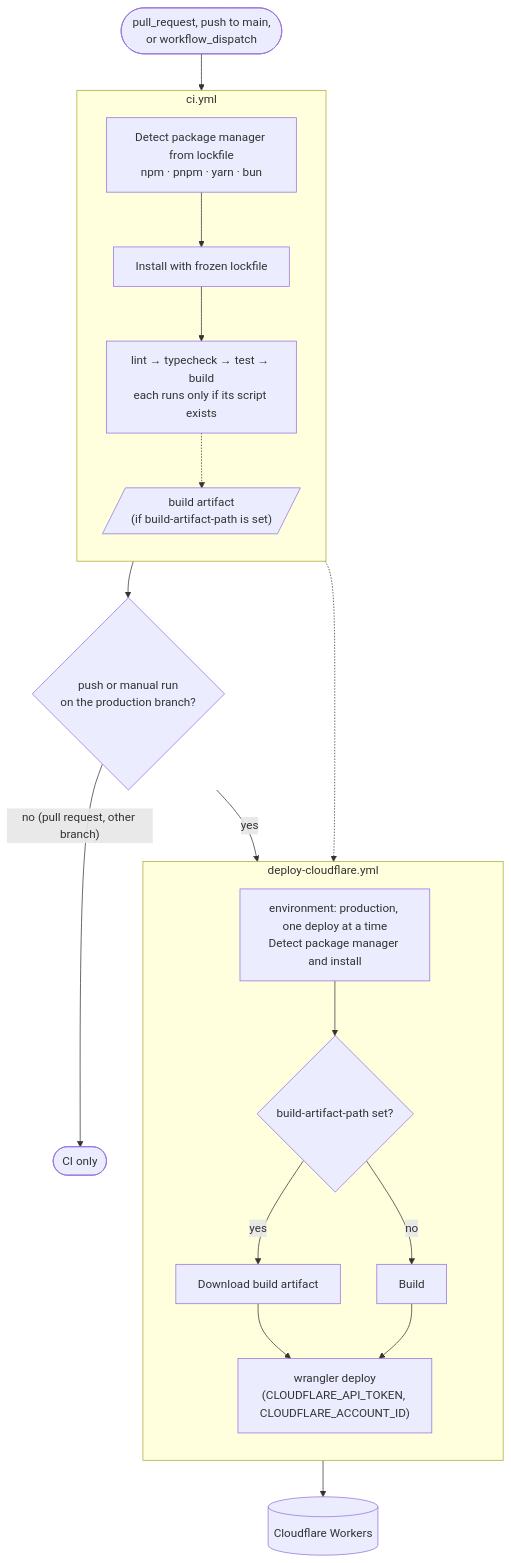
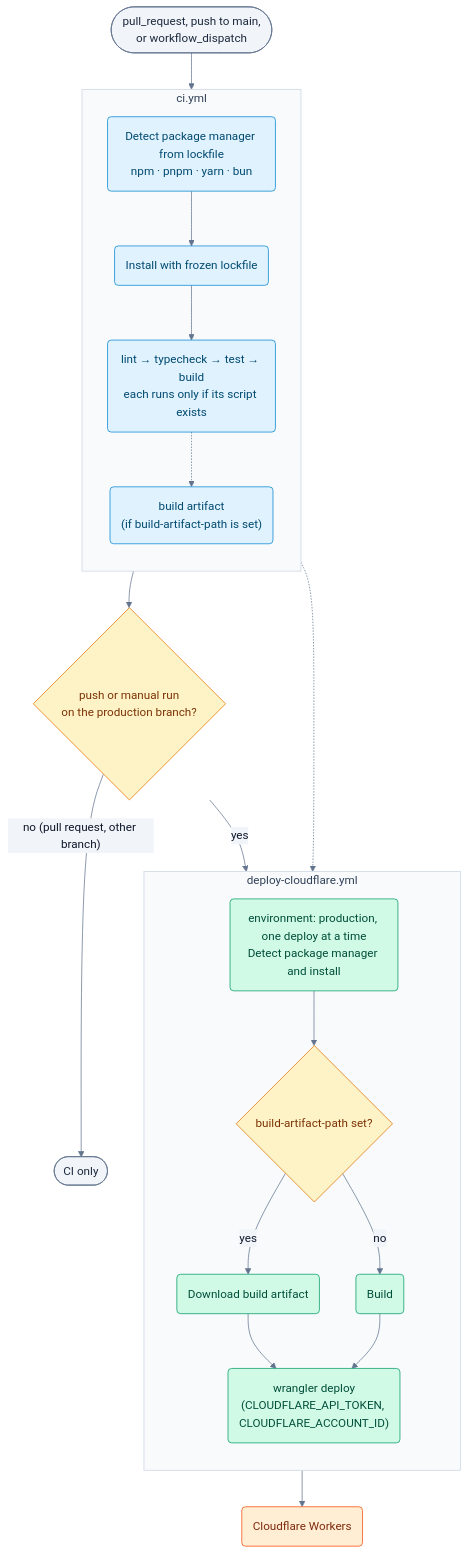
One commit to hashorva/cd-kit changed the first of 2 diagrams in README.md. Above: the diagram before and after it, drawn with Mermaid. The commit also changed other lines of this file, not shown here.

Commit message:
docs: rounded flowchart nodes and Tailwind v4 colors
Claude-Session: https://claude.ai/code/session_017bNoQfcSaso835ZiBG5hLw

````diff
--- a/README.md
+++ b/README.md
@@ -15,27 +15,39 @@
 ```mermaid
+%%{init: {"theme": "base", "themeVariables": {"fontFamily": "ui-sans-serif, system-ui, sans-serif", "lineColor": "#62748e", "primaryTextColor": "#0f172b", "edgeLabelBackground": "#f1f5f9", "clusterBkg": "#f8fafc", "clusterBorder": "#cad5e2", "titleColor": "#314158"}}}%%
 flowchart TD
   trigger(["pull_request, push to main,<br/>or workflow_dispatch"]) --> detect
 
   subgraph ci ["ci.yml"]
     direction TB
-    detect["Detect package manager from lockfile<br/>npm · pnpm · yarn · bun"] --> install["Install with frozen lockfile"]
-    install --> phases["lint → typecheck → test → build<br/>each runs only if its script exists"]
-    phases -.-> artifact[/"build artifact<br/>(if build-artifact-path is set)"/]
+    detect("Detect package manager from lockfile<br/>npm · pnpm · yarn · bun") --> install("Install with frozen lockfile")
+    install --> phases("lint → typecheck → test → build<br/>each runs only if its script exists")
+    phases -.-> artifact("build artifact<br/>(if build-artifact-path is set)")
   end
 
   phases --> gate{"push or manual run<br/>on the production branch?"}
   gate -- "no (pull request, other branch)" --> done(["CI only"])
   gate -- yes --> dinstall
 
   subgraph deploy ["deploy-cloudflare.yml"]
     direction TB
-    dinstall["environment: production, one deploy at a time<br/>Detect package manager and install"] --> reuse{"build-artifact-path set?"}
-    reuse -- yes --> download["Download build artifact"]
-    reuse -- no --> rebuild["Build"]
-    download --> wrangler["wrangler deploy<br/>(CLOUDFLARE_API_TOKEN, CLOUDFLARE_ACCOUNT_ID)"]
+    dinstall("environment: production, one deploy at a time<br/>Detect package manager and install") --> reuse{"build-artifact-path set?"}
+    reuse -- yes --> download("Download build artifact")
+    reuse -- no --> rebuild("Build")
+    download --> wrangler("wrangler deploy<br/>(CLOUDFLARE_API_TOKEN, CLOUDFLARE_ACCOUNT_ID)")
     rebuild --> wrangler
   end
 
   artifact -.-> download
-  wrangler --> workers[("Cloudflare Workers")]
+  wrangler --> workers("Cloudflare Workers")
+
+  classDef event fill:#f1f5f9,stroke:#62748e,color:#1d293d
+  classDef ci fill:#dff2fe,stroke:#0084d1,color:#024a70
+  classDef deploy fill:#d0fae5,stroke:#009966,color:#004f3b
+  classDef decision fill:#fef3c6,stroke:#e17100,color:#7b3306
+  classDef target fill:#ffedd4,stroke:#f54900,color:#7e2a0c
+  class trigger,done event
+  class detect,install,phases,artifact ci
+  class dinstall,download,rebuild,wrangler deploy
+  class gate,reuse decision
+  class workers target
 ```
````
